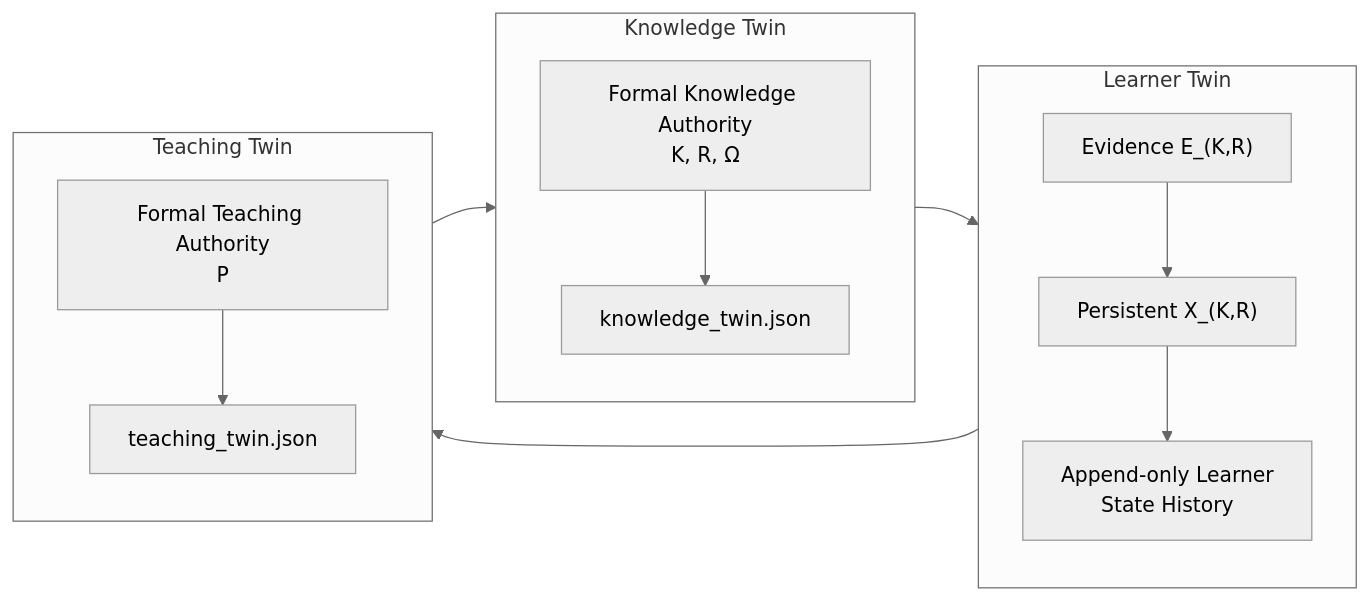
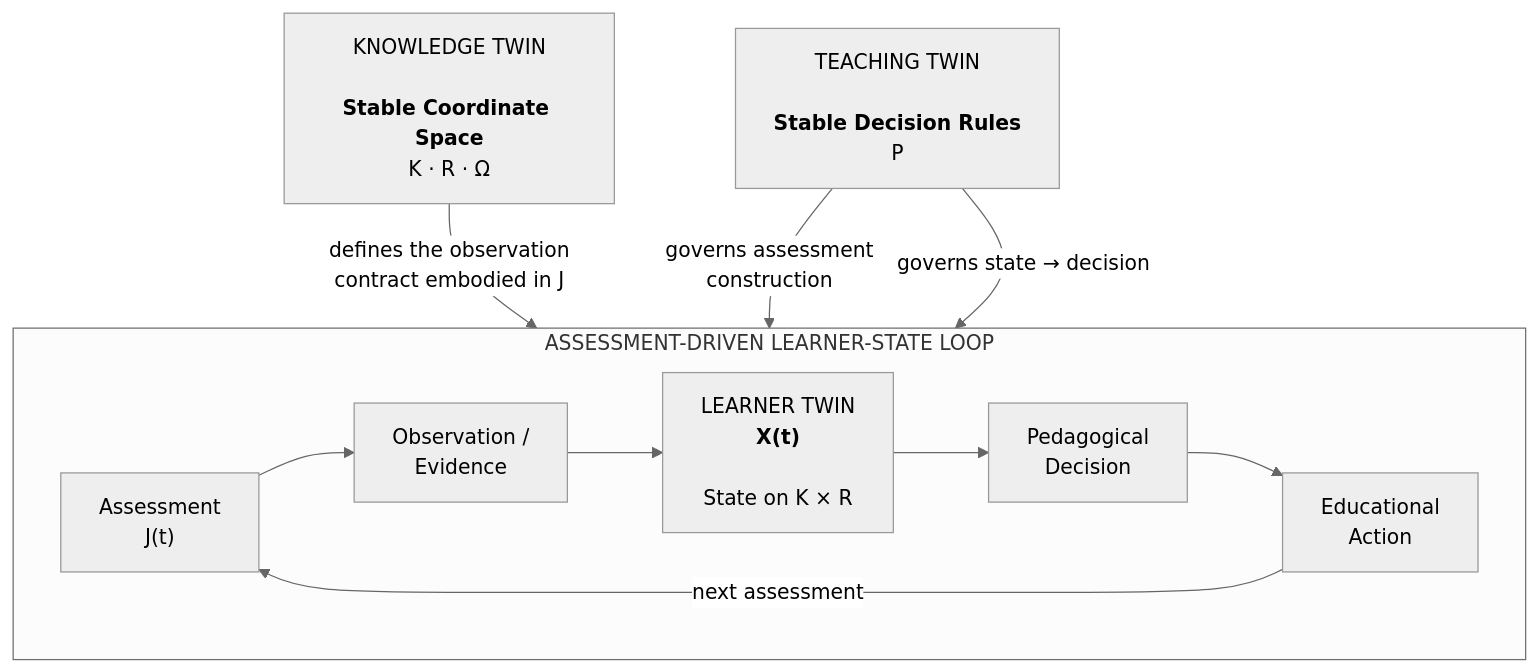
One commit to thatao72/three-twin-docs changed the fifth of 6 diagrams in content/architecture.md. Above: the diagram before and after it, drawn with Mermaid (neutral theme). The commit also changed other lines of this file, not shown here.

Commit message:
Update architecture control and graph representation

````diff
--- a/content/architecture.md
+++ b/content/architecture.md
@@ -284,26 +373,33 @@
 ```mermaid
-flowchart LR
+flowchart TB
 
-    subgraph K["Knowledge Twin"]
-        KA["Formal Knowledge Authority<br/>K, R, Ω"]
-        KD["knowledge_twin.json"]
-        KA --> KD
+    K["KNOWLEDGE TWIN<br/><br/><b>Stable Coordinate Space</b><br/>K · R · Ω"]
+
+    T["TEACHING TWIN<br/><br/><b>Stable Decision Rules</b><br/>P"]
+
+    subgraph LOOP["ASSESSMENT-DRIVEN LEARNER-STATE LOOP"]
+        direction LR
+
+        J["Assessment<br/>J(t)"]
+
+        OBS["Observation /<br/>Evidence"]
+
+        L["LEARNER TWIN<br/><b>X(t)</b><br/><br/>State on K × R"]
+
+        DEC["Pedagogical<br/>Decision"]
+
+        EA["Educational<br/>Action"]
+
+        J --> OBS
+        OBS --> L
+        L --> DEC
+        DEC --> EA
+        EA -->|"next assessment"| J
     end
 
-    subgraph L["Learner Twin"]
-        LE["Evidence E_(K,R)"]
-        LS["Persistent X_(K,R)"]
-        LH["Append-only Learner<br/>State History"]
-        LE --> LS --> LH
-    end
+    K -->|"defines the observation<br/>contract embodied in J"| J
 
-    subgraph T["Teaching Twin"]
-        TA["Formal Teaching Authority<br/>P"]
-        TD["teaching_twin.json"]
-        TA --> TD
-    end
+    T -->|"governs assessment<br/>construction"| J
 
-    K --> L
-    L --> T
-    T --> K
+    T -->|"governs state → decision"| DEC
 ```
````
